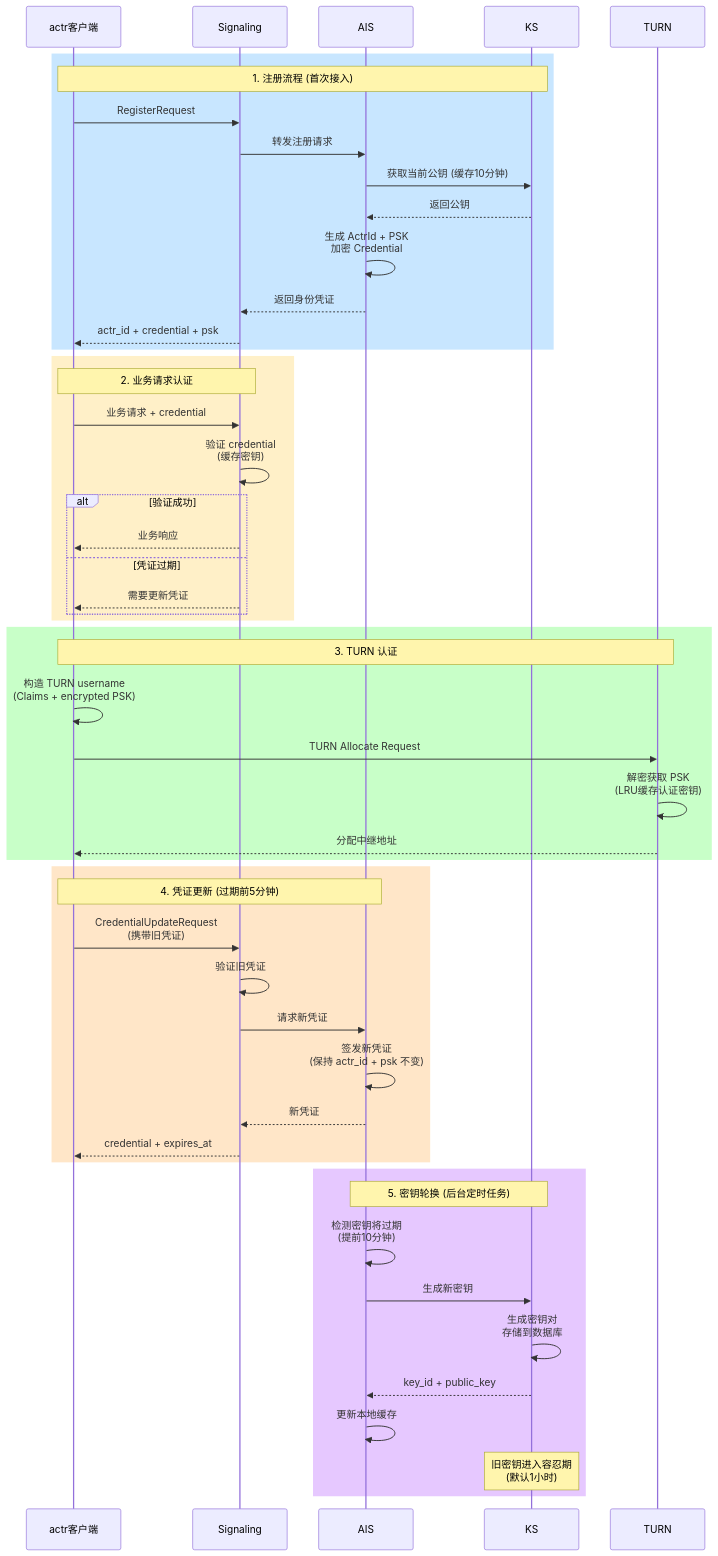
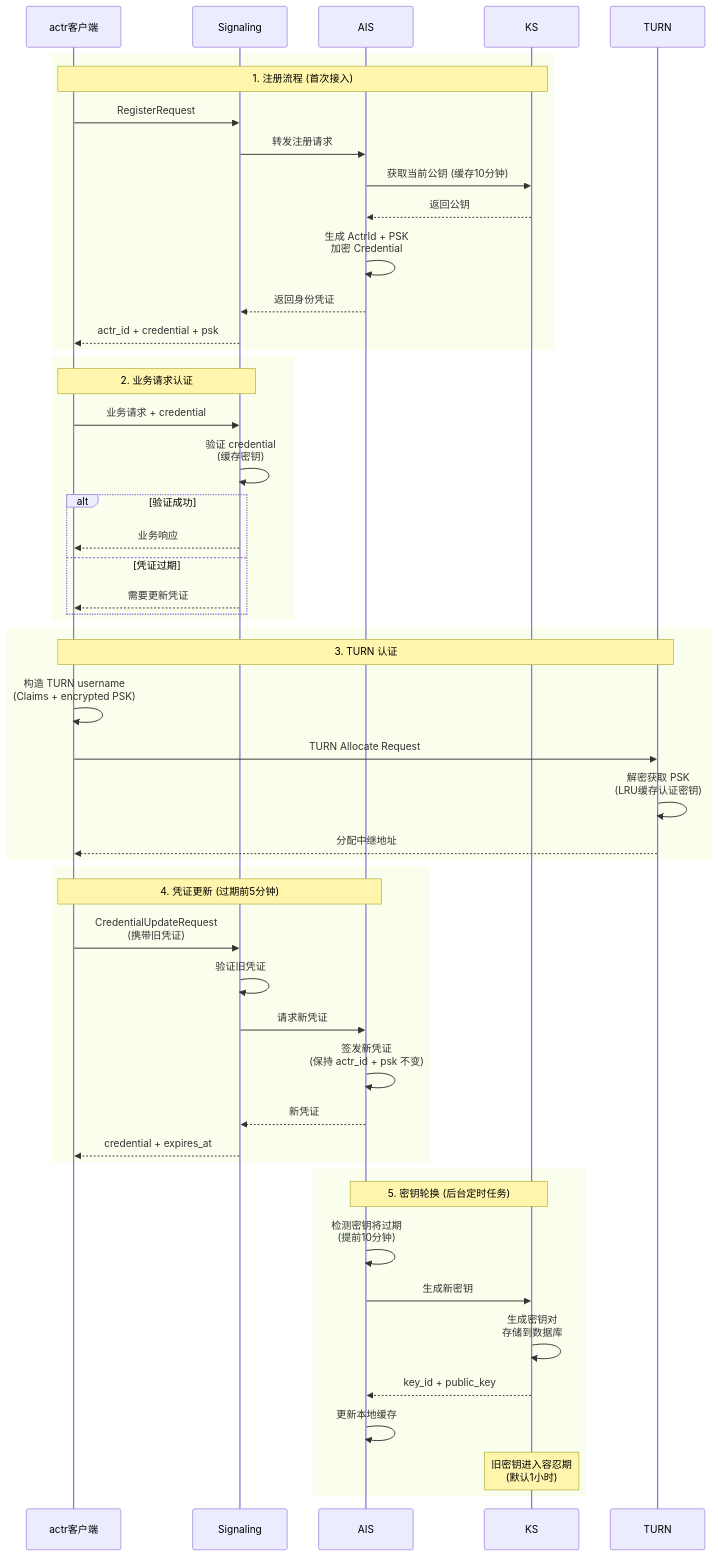
The diagram in zh-hans/5-security-and-authentication.zh.md (actor-rtc/actor-rtc.github.io), drawn with Mermaid before and after one commit.

Commit message:
docs(mermaid): remove explicit rect rgb color to improve dark-mode contrast

````diff
--- a/zh-hans/5-security-and-authentication.zh.md
+++ b/zh-hans/5-security-and-authentication.zh.md
@@ -55,63 +55,63 @@
 ```mermaid
 sequenceDiagram
     participant A as actr客户端
     participant S as Signaling
     participant AIS as AIS
     participant KS as KS
     participant T as TURN
 
     %% 注册流程
-    rect rgb(200, 230, 255)
+    rect
     Note over A,KS: 1. 注册流程 (首次接入)
     A->>S: RegisterRequest
     S->>AIS: 转发注册请求
     AIS->>KS: 获取当前公钥 (缓存10分钟)
     KS-->>AIS: 返回公钥
     AIS->>AIS: 生成 ActrId + PSK<br/>加密 Credential
     AIS-->>S: 返回身份凭证
     S-->>A: actr_id + credential + psk
     end
 
     %% 业务认证
-    rect rgb(255, 240, 200)
+    rect
     Note over A,S: 2. 业务请求认证
     A->>S: 业务请求 + credential
     S->>S: 验证 credential<br/>(缓存密钥)
     alt 验证成功
         S-->>A: 业务响应
     else 凭证过期
         S-->>A: 需要更新凭证
     end
     end
 
     %% TURN认证
-    rect rgb(200, 255, 200)
+    rect
     Note over A,T: 3. TURN 认证
     A->>A: 构造 TURN username<br/>(Claims + encrypted PSK)
     A->>T: TURN Allocate Request
     T->>T: 解密获取 PSK<br/>(LRU缓存认证密钥)
     T-->>A: 分配中继地址
     end
 
     %% 凭证更新
-    rect rgb(255, 230, 200)
+    rect
     Note over A,AIS: 4. 凭证更新 (过期前5分钟)
     A->>S: CredentialUpdateRequest<br/>(携带旧凭证)
     S->>S: 验证旧凭证
     S->>AIS: 请求新凭证
     AIS->>AIS: 签发新凭证<br/>(保持 actr_id + psk 不变)
     AIS-->>S: 新凭证
     S-->>A: credential + expires_at
     end
 
     %% 密钥轮换
-    rect rgb(230, 200, 255)
+    rect
     Note over AIS,KS: 5. 密钥轮换 (后台定时任务)
     AIS->>AIS: 检测密钥将过期<br/>(提前10分钟)
     AIS->>KS: 生成新密钥
     KS->>KS: 生成密钥对<br/>存储到数据库
     KS-->>AIS: key_id + public_key
     AIS->>AIS: 更新本地缓存
     Note over KS: 旧密钥进入容忍期<br/>(默认1小时)
     end
 ```
````
